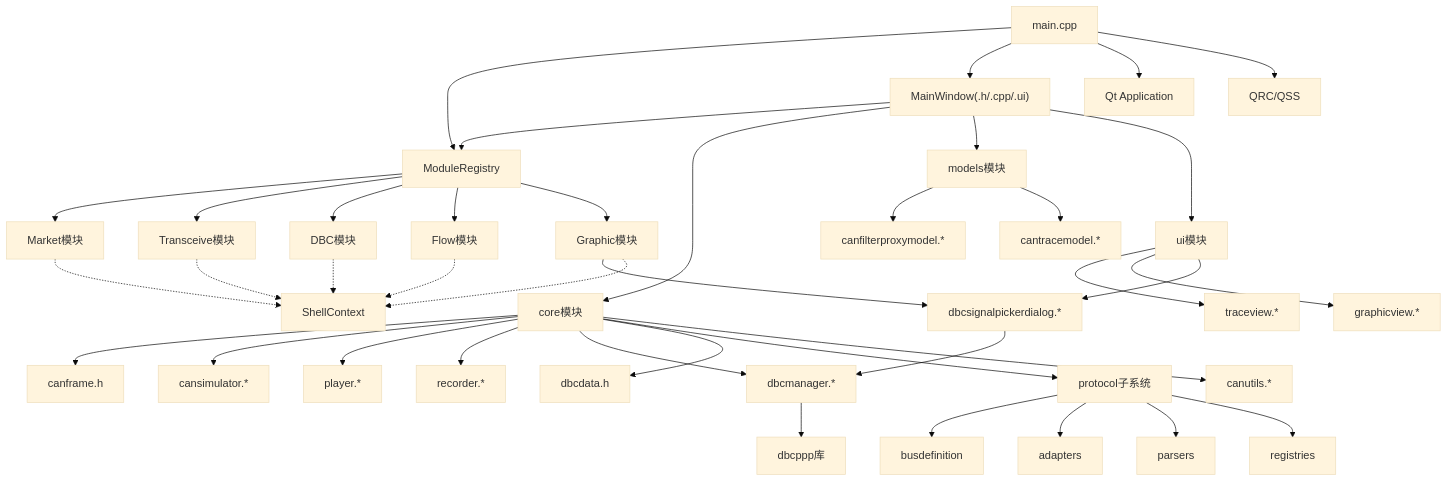
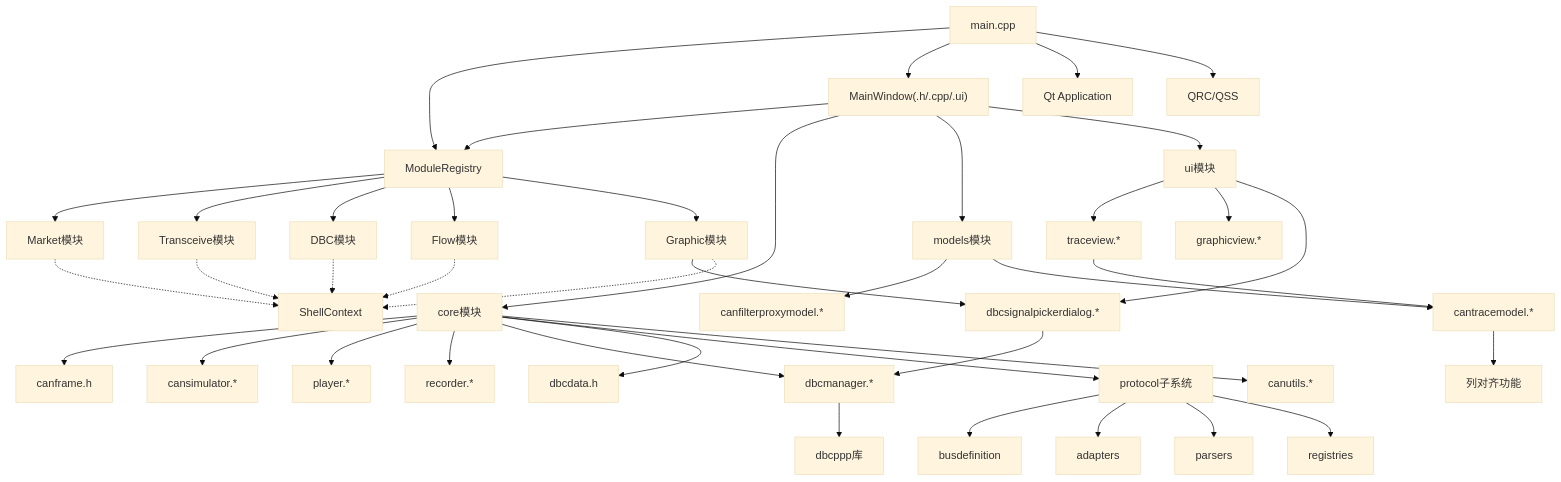
The ninth of 9 diagrams in .qoder/repowiki/zh/content/核心模块详解/核心模块详解.md (jakecai1225-design/OpenBus), drawn with Mermaid (base theme) before and after one commit. The commit also changed other lines of this file and 4 other files, not shown here.

````diff
--- a/.qoder/repowiki/zh/content/核心模块详解/核心模块详解.md
+++ b/.qoder/repowiki/zh/content/核心模块详解/核心模块详解.md
@@ -1133,41 +1194,43 @@
 ```mermaid
 graph TB
 Main["main.cpp"] --> Registry["ModuleRegistry"]
 Registry --> Market["Market模块"]
 Registry --> Transceive["Transceive模块"]
 Registry --> DBC["DBC模块"]
 Registry --> Flow["Flow模块"]
 Registry --> Graphic["Graphic模块"]
 Main --> Win["MainWindow(.h/.cpp/.ui)"]
 Win --> Registry
 Win --> Core["core模块"]
 Win --> Models["models模块"]
 Win --> UI["ui模块"]
 Core --> CanFrame["canframe.h"]
 Core --> Simulator["cansimulator.*"]
 Core --> Player["player.*"]
 Core --> Recorder["recorder.*"]
 Core --> DBCManager["dbcmanager.*"]
 Core --> DBCData["dbcdata.h"]
 Core --> Protocol["protocol子系统"]
 Models --> FilterModel["canfilterproxymodel.*"]
 Models --> TraceModel["cantracemodel.*"]
 UI --> TraceView["traceview.*"]
 UI --> GraphicView["graphicview.*"]
 UI --> SignalPicker["dbcsignalpickerdialog.*"]
 Core --> Utils["canutils.*"]
 DBCManager --> DBCPP["dbcppp库"]
 Protocol --> BusDef["busdefinition"]
 Protocol --> Adapters["adapters"]
 Protocol --> Parsers["parsers"]
 Protocol --> Registries["registries"]
 Graphic --> SignalPicker
 SignalPicker --> DBCManager
+TraceModel --> ColumnAlign["列对齐功能"]
+TraceView --> TraceModel
 Main --> QtA["Qt Application"]
 Main --> Res["QRC/QSS"]
 Market -.-> ShellCtx["ShellContext"]
 Transceive -.-> ShellCtx
 DBC -.-> ShellCtx
 Flow -.-> ShellCtx
 Graphic -.-> ShellCtx
 ```
````
